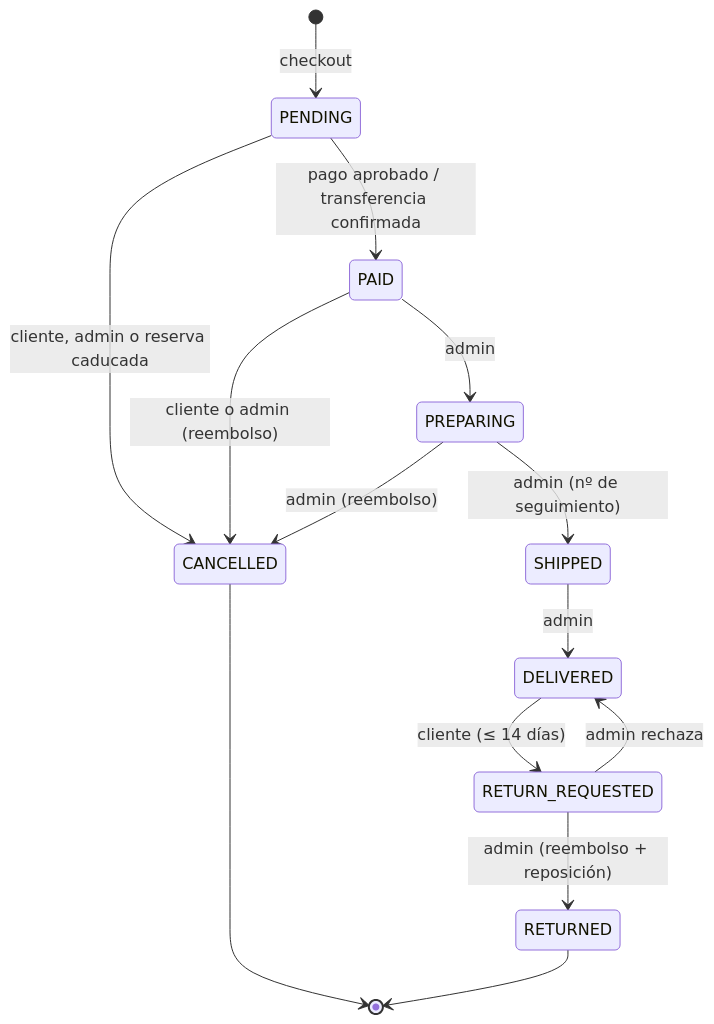
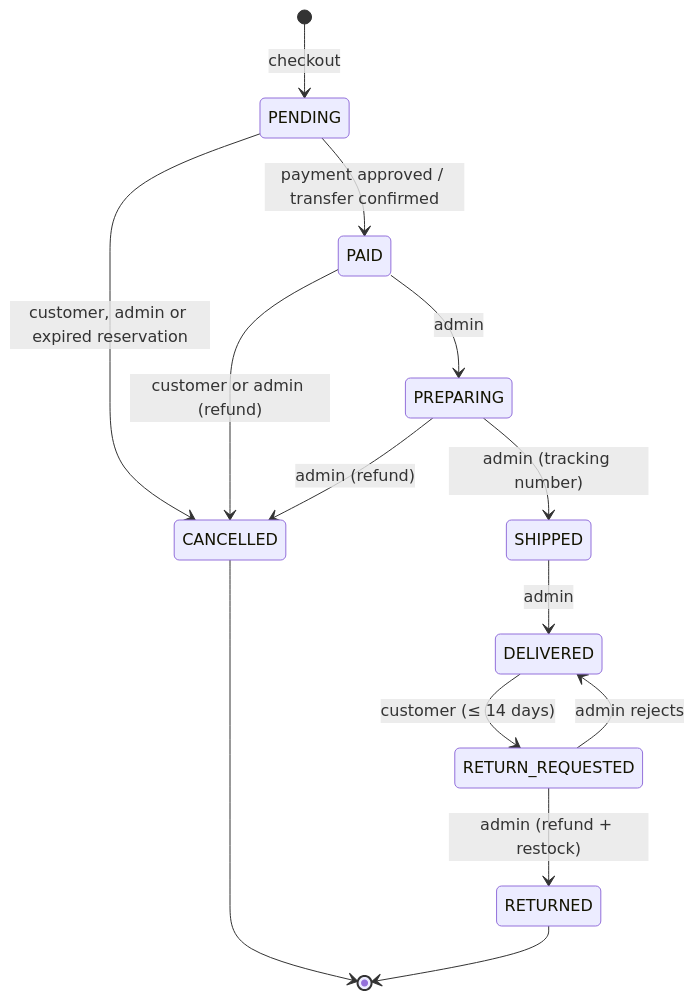
One commit to yagoaresarmesto/QA-Commerce-Lab changed the diagram in docs/FUNCTIONAL.md. Above: the diagram before and after it, drawn with Mermaid. The commit also changed other lines of this file and 11 other files, not shown here.

````diff
--- a/docs/FUNCTIONAL.md
+++ b/docs/FUNCTIONAL.md
@@ -101,16 +103,16 @@
 ```mermaid
 stateDiagram-v2
   [*] --> PENDING: checkout
-  PENDING --> PAID: pago aprobado / transferencia confirmada
-  PENDING --> CANCELLED: cliente, admin o reserva caducada
+  PENDING --> PAID: payment approved / transfer confirmed
+  PENDING --> CANCELLED: customer, admin or expired reservation
   PAID --> PREPARING: admin
-  PAID --> CANCELLED: cliente o admin (reembolso)
-  PREPARING --> SHIPPED: admin (nº de seguimiento)
-  PREPARING --> CANCELLED: admin (reembolso)
+  PAID --> CANCELLED: customer or admin (refund)
+  PREPARING --> SHIPPED: admin (tracking number)
+  PREPARING --> CANCELLED: admin (refund)
   SHIPPED --> DELIVERED: admin
-  DELIVERED --> RETURN_REQUESTED: cliente (≤ 14 días)
-  RETURN_REQUESTED --> RETURNED: admin (reembolso + reposición)
-  RETURN_REQUESTED --> DELIVERED: admin rechaza
+  DELIVERED --> RETURN_REQUESTED: customer (≤ 14 days)
+  RETURN_REQUESTED --> RETURNED: admin (refund + restock)
+  RETURN_REQUESTED --> DELIVERED: admin rejects
   CANCELLED --> [*]
   RETURNED --> [*]
 ```
````
